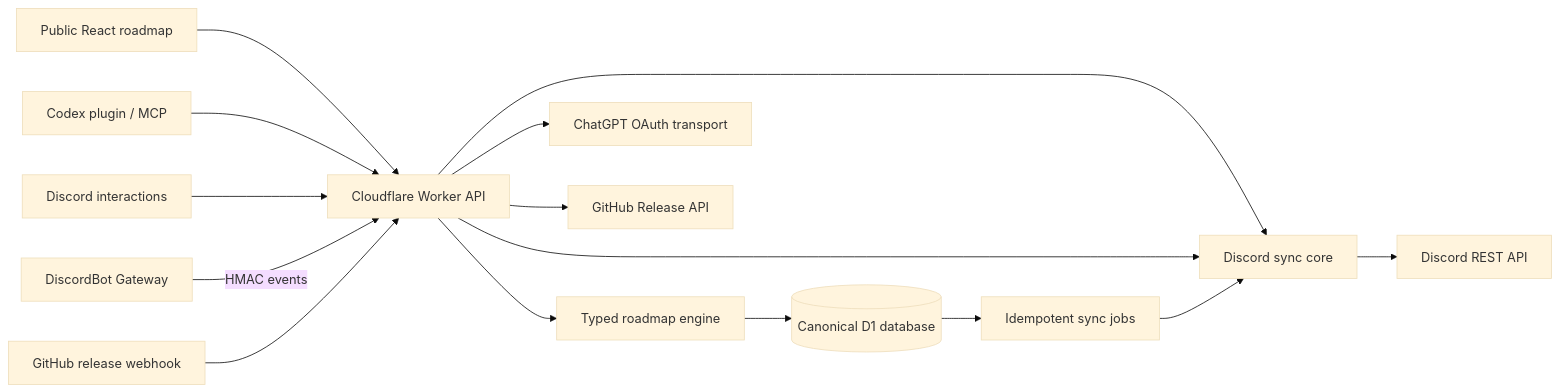
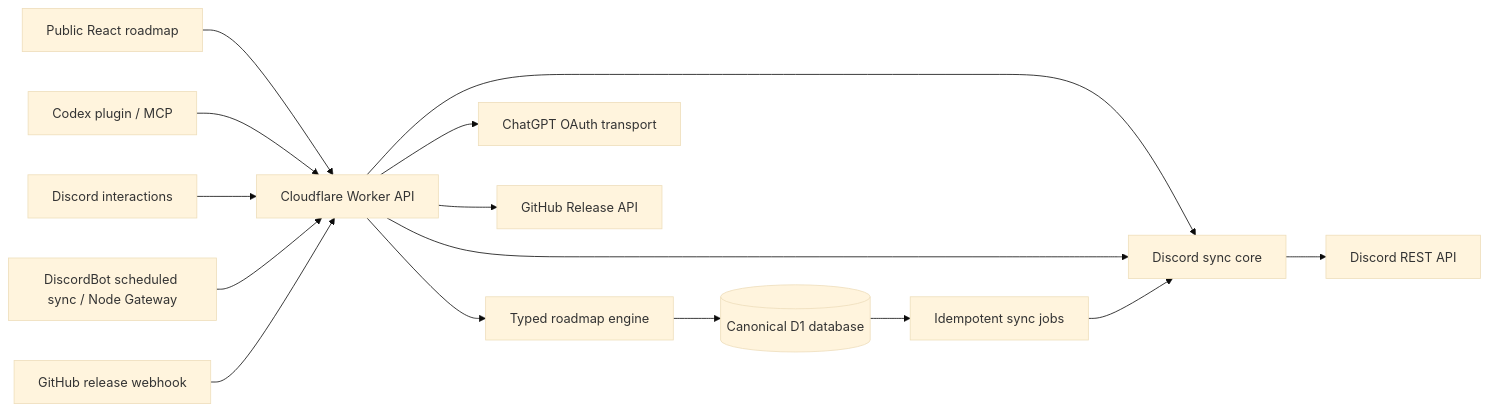
The diagram in README.md (SakuraCordApp/Roadmap), drawn with Mermaid (base theme) before and after one commit. The commit also changed other lines of this file and 8 other files, not shown here.

Commit message:
Support scheduled Discord reconciliation

````diff
--- a/README.md
+++ b/README.md
@@ -43,17 +44,17 @@
 ```mermaid
 flowchart LR
   UI["Public React roadmap"] --> API["Cloudflare Worker API"]
   MCP["Codex plugin / MCP"] --> API
   DI["Discord interactions"] --> API
-  BOT["DiscordBot Gateway"] -->|"HMAC events"| API
+  BOT["DiscordBot scheduled sync / Node Gateway"] --> API
   API --> SYNC["Discord sync core"]
   API --> CORE["Typed roadmap engine"]
   API --> SYNC
   CORE --> D1[("Canonical D1 database")]
   D1 --> JOBS["Idempotent sync jobs"]
   JOBS --> SYNC
   SYNC --> DR["Discord REST API"]
   GH["GitHub release webhook"] --> API
   API --> AI["ChatGPT OAuth transport"]
   API --> GR["GitHub Release API"]
 ```
````
